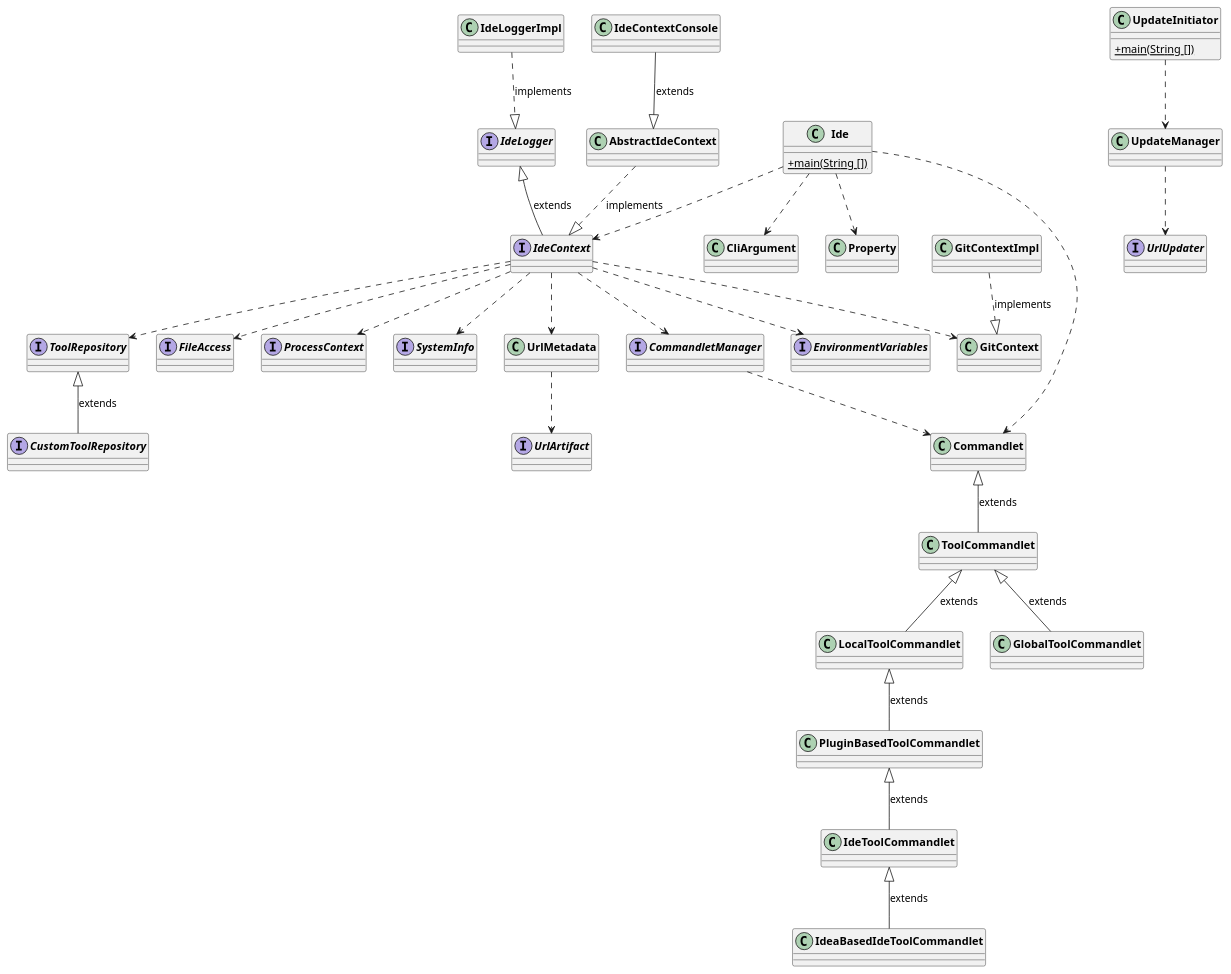
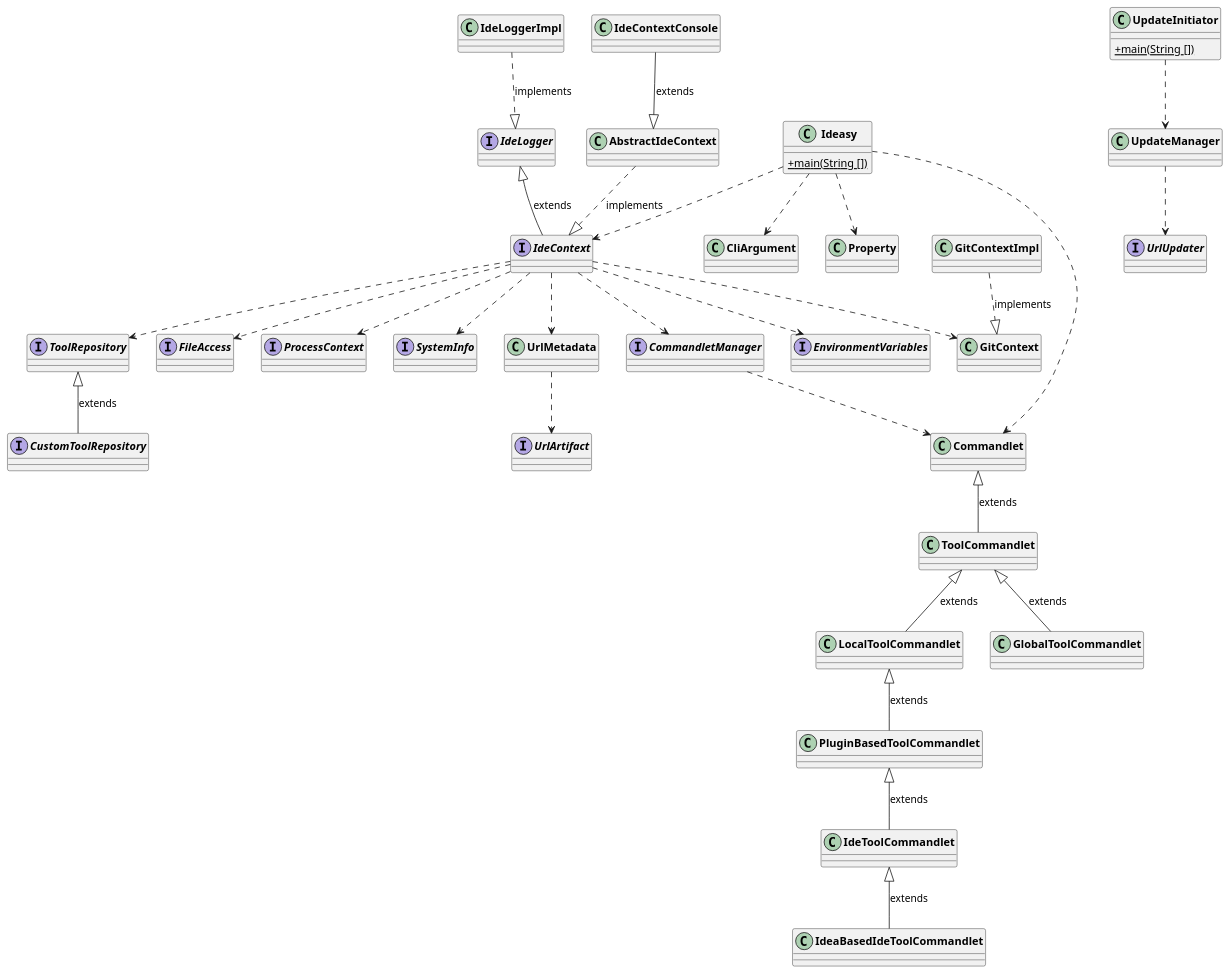
Before and after one commit to devonfw/IDEasy: the diagram in documentation/images/design.puml, drawn with PlantUML. The commit also changed 11 other files, not shown here.

```diff
--- a/documentation/images/design.puml
+++ b/documentation/images/design.puml
@@ -1,83 +1,83 @@
 @startuml
 skinparam classFontStyle bold
 skinparam classAttributeIconSize 0
 
 '''' Attributes and methods '''
 
-class Ide {
+class Ideasy {
   {static} +main(String [])
 }
 
 class CliArgument
 class Property
 
 interface IdeLogger
 interface IdeContext
 
 interface CommandletManager
 interface EnvironmentVariables
 interface FileAccess
 interface ProcessContext
 interface SystemInfo
 
 interface ToolRepository
 interface CustomToolRepository
 
 class UrlMetadata
 interface UrlArtifact
 
 class Commandlet
 class ToolCommandlet
 class LocalToolCommandlet
 class GlobalToolCommandlet
 class PluginBasedToolCommandlet
 class IdeToolCommandlet
 class IdeaBasedIdeToolCommandlet
 
 class UpdateInitiator{
   {static} +main(String [])
 }
 
 class UpdateManager
 interface UrlUpdater
 
 
 '''' Relations '''
 
-Ide ..> CliArgument
-Ide ..> Property
-Ide ..> Commandlet
-Ide ..> IdeContext
+Ideasy ..> CliArgument
+Ideasy ..> Property
+Ideasy ..> Commandlet
+Ideasy ..> IdeContext
 
 IdeLogger <|-- IdeContext : extends
 
 IdeContext ..> CommandletManager
 IdeContext ..> EnvironmentVariables
 IdeContext ..> FileAccess
 IdeContext ..> ProcessContext
 IdeContext ..> SystemInfo
 IdeContext ..> ToolRepository
 IdeContext ..> UrlMetadata
 IdeContext ..> GitContext
 UrlMetadata ..> UrlArtifact
 
 AbstractIdeContext ..|> IdeContext : implements
 IdeContextConsole --|> AbstractIdeContext : extends
 IdeLoggerImpl ..|> IdeLogger : implements
 
 GitContextImpl ..|> GitContext  : implements
 
 CommandletManager ..> Commandlet
 Commandlet <|-- ToolCommandlet : extends
 ToolCommandlet <|-- LocalToolCommandlet : extends
 ToolCommandlet <|-- GlobalToolCommandlet : extends
 LocalToolCommandlet <|-- PluginBasedToolCommandlet : extends
 PluginBasedToolCommandlet <|-- IdeToolCommandlet : extends
 IdeToolCommandlet <|-- IdeaBasedIdeToolCommandlet : extends
 
 ToolRepository <|-- CustomToolRepository : extends
 
 UpdateInitiator ..> UpdateManager
 UpdateManager ..> UrlUpdater
 
 @enduml
```
